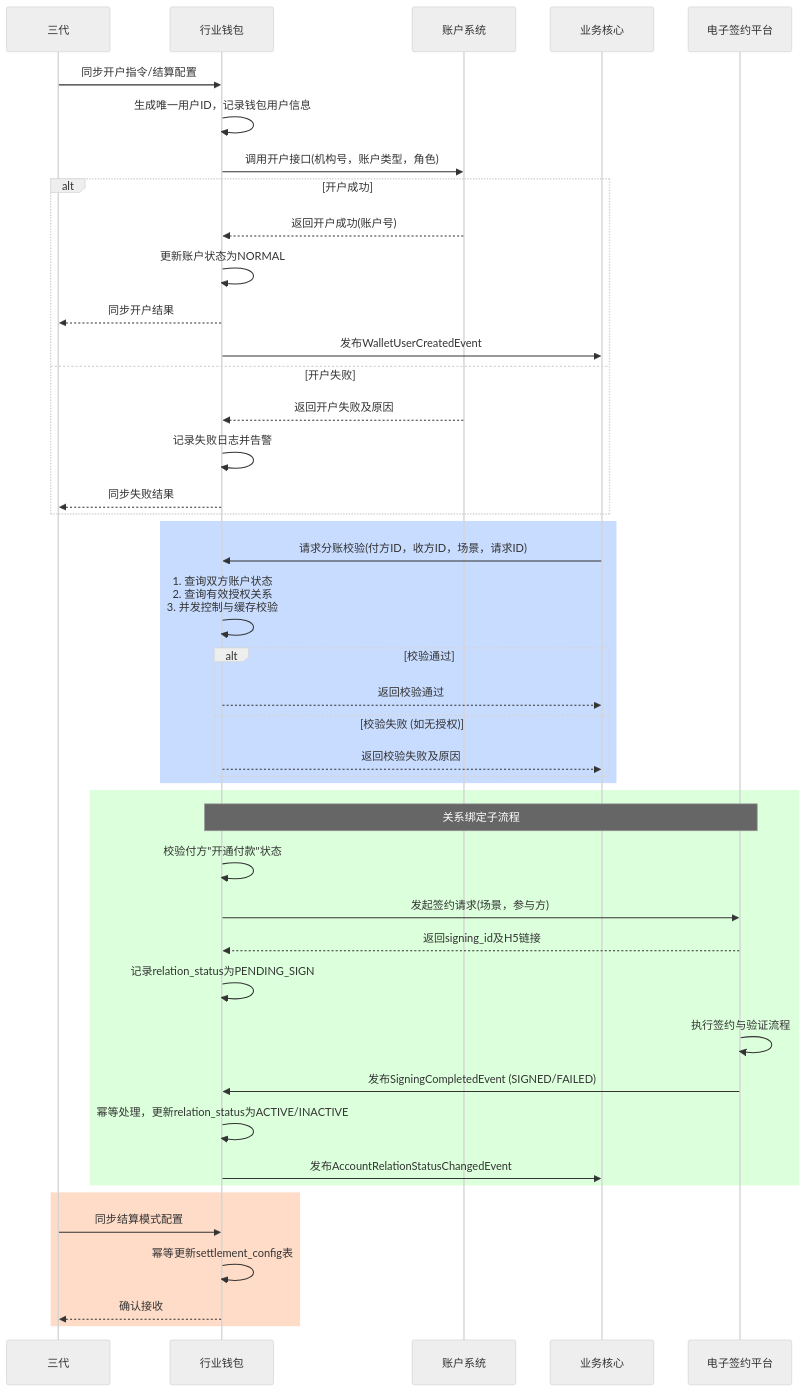
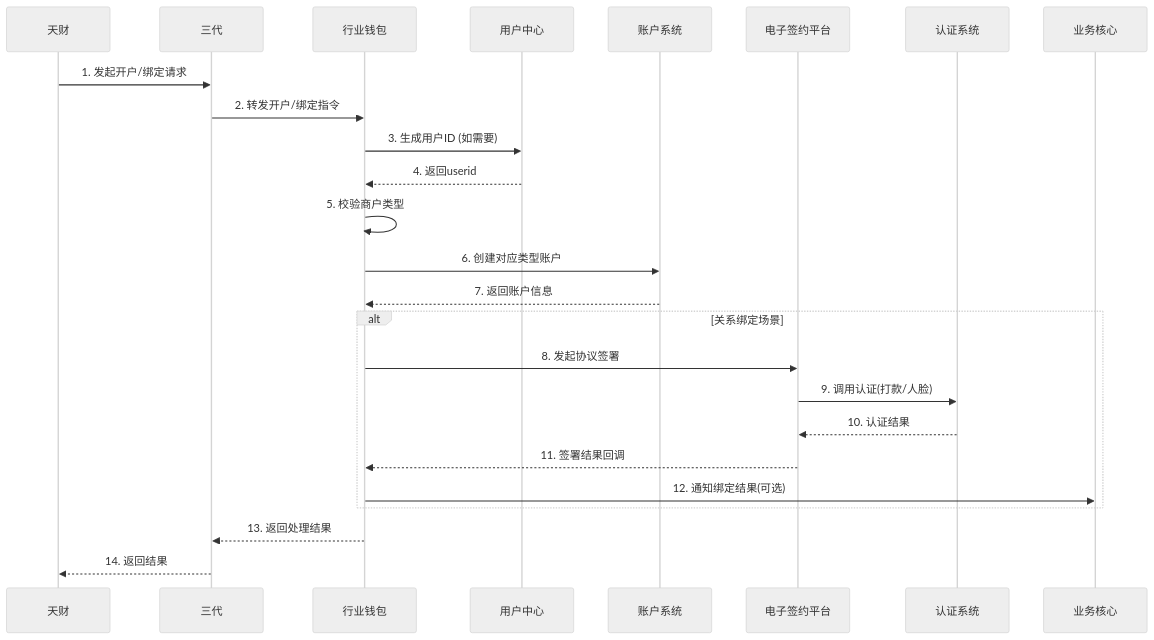
The first of 2 diagrams in data/天财分账需求/gpt-5.2/workspace/02_modules/module_行业钱包.md (youzi211/AiCoding), drawn with Mermaid (neutral theme) before and after one commit. The commit also changed other lines of this file and 41 other files, not shown here.

````diff
--- a/data/天财分账需求/gpt-5.2/workspace/02_modules/module_行业钱包.md
+++ b/data/天财分账需求/gpt-5.2/workspace/02_modules/module_行业钱包.md
@@ -97,50 +72,28 @@
 ```mermaid
 sequenceDiagram
-    participant 三代 as 三代
-    participant 行业钱包 as 行业钱包
-    participant 账户系统 as 账户系统
-    participant 业务核心 as 业务核心
-    participant 电子签约 as 电子签约平台
+    participant 天财
+    participant 三代
+    participant 行业钱包
+    participant 用户中心
+    participant 账户系统
+    participant 电子签约平台
+    participant 认证系统
+    participant 业务核心
 
-    三代->>行业钱包: 同步开户指令/结算配置
-    行业钱包->>行业钱包: 生成唯一用户ID，记录钱包用户信息
-    行业钱包->>账户系统: 调用开户接口(机构号，账户类型，角色)
-    alt 开户成功
-        账户系统-->>行业钱包: 返回开户成功(账户号)
-        行业钱包->>行业钱包: 更新账户状态为NORMAL
-        行业钱包-->>三代: 同步开户结果
-        行业钱包->>业务核心: 发布WalletUserCreatedEvent
-    else 开户失败
-        账户系统-->>行业钱包: 返回开户失败及原因
-        行业钱包->>行业钱包: 记录失败日志并告警
-        行业钱包-->>三代: 同步失败结果
+    天财->>三代: 1. 发起开户/绑定请求
+    三代->>行业钱包: 2. 转发开户/绑定指令
+    行业钱包->>用户中心: 3. 生成用户ID (如需要)
+    用户中心-->>行业钱包: 4. 返回userid
+    行业钱包->>行业钱包: 5. 校验商户类型
+    行业钱包->>账户系统: 6. 创建对应类型账户
+    账户系统-->>行业钱包: 7. 返回账户信息
+    alt 关系绑定场景
+        行业钱包->>电子签约平台: 8. 发起协议签署
+        电子签约平台->>认证系统: 9. 调用认证(打款/人脸)
+        认证系统-->>电子签约平台: 10. 认证结果
+        电子签约平台-->>行业钱包: 11. 签署结果回调
+        行业钱包->>业务核心: 12. 通知绑定结果(可选)
     end
-
-    rect rgb(200, 220, 255)
-        业务核心->>行业钱包: 请求分账校验(付方ID，收方ID，场景，请求ID)
-        行业钱包->>行业钱包: 1. 查询双方账户状态<br>2. 查询有效授权关系<br>3. 并发控制与缓存校验
-        alt 校验通过
-            行业钱包-->>业务核心: 返回校验通过
-        else 校验失败 (如无授权)
-            行业钱包-->>业务核心: 返回校验失败及原因
-        end
-    end
-
-    rect rgb(220, 255, 220)
-        Note over 行业钱包,电子签约: 关系绑定子流程
-        行业钱包->>行业钱包: 校验付方"开通付款"状态
-        行业钱包->>电子签约: 发起签约请求(场景，参与方)
-        电子签约-->>行业钱包: 返回signing_id及H5链接
-        行业钱包->>行业钱包: 记录relation_status为PENDING_SIGN
-        电子签约->>电子签约: 执行签约与验证流程
-        电子签约->>行业钱包: 发布SigningCompletedEvent (SIGNED/FAILED)
-        行业钱包->>行业钱包: 幂等处理，更新relation_status为ACTIVE/INACTIVE
-        行业钱包->>业务核心: 发布AccountRelationStatusChangedEvent
-    end
-
-    rect rgb(255, 220, 200)
-        三代->>行业钱包: 同步结算模式配置
-        行业钱包->>行业钱包: 幂等更新settlement_config表
-        行业钱包-->>三代: 确认接收
-    end
+    行业钱包-->>三代: 13. 返回处理结果
+    三代-->>天财: 14. 返回结果
 ```
````
